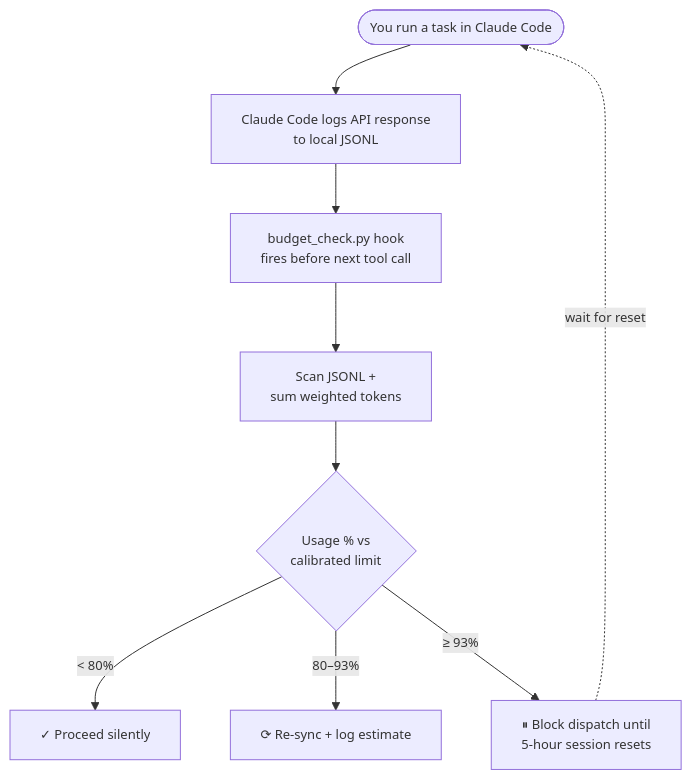
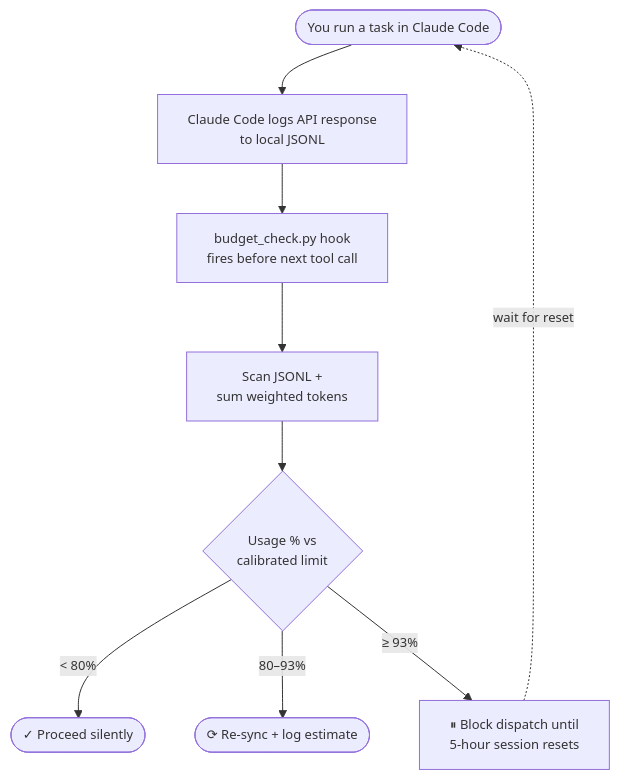
One commit to Star001-KR/claude-session-budget changed the diagram in README.md. Above: the diagram before and after it, drawn with Mermaid.

Commit message:
README.md: stadium-shape Proceed/Re-sync nodes as terminal states

````diff
--- a/README.md
+++ b/README.md
@@ -14,12 +14,12 @@
 ```mermaid
 %%{init: {'themeVariables': {'fontSize': '13px'}}}%%
 flowchart TD
     A([You run a task in Claude Code]) --> B[Claude Code logs API response<br/>to local JSONL]
     B --> C[budget_check.py hook<br/>fires before next tool call]
     C --> D[Scan JSONL +<br/>sum weighted tokens]
     D --> E{Usage % vs<br/>calibrated limit}
-    E -->|&lt; 80%| F[✓ Proceed silently]
-    E -->|80–93%| G[⟳ Re-sync + log estimate]
+    E -->|&lt; 80%| F([✓ Proceed silently])
+    E -->|80–93%| G([⟳ Re-sync + log estimate])
     E -->|≥ 93%| H[⏸ Block dispatch until<br/>5-hour session resets]
     H -.->|wait for reset| A
 ```
````
